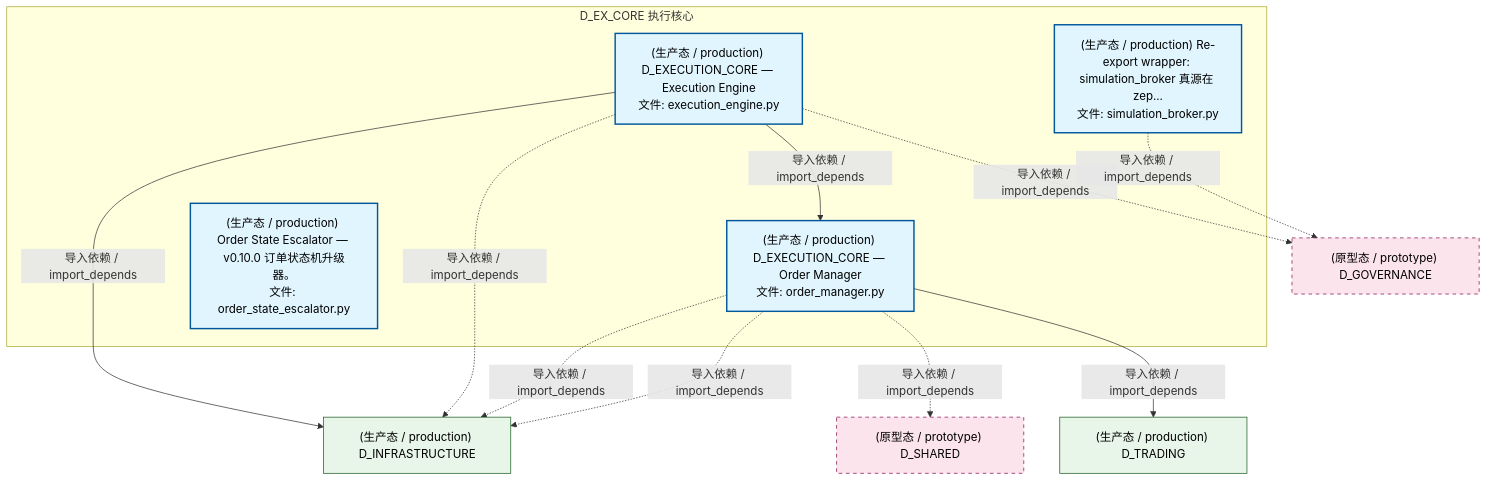
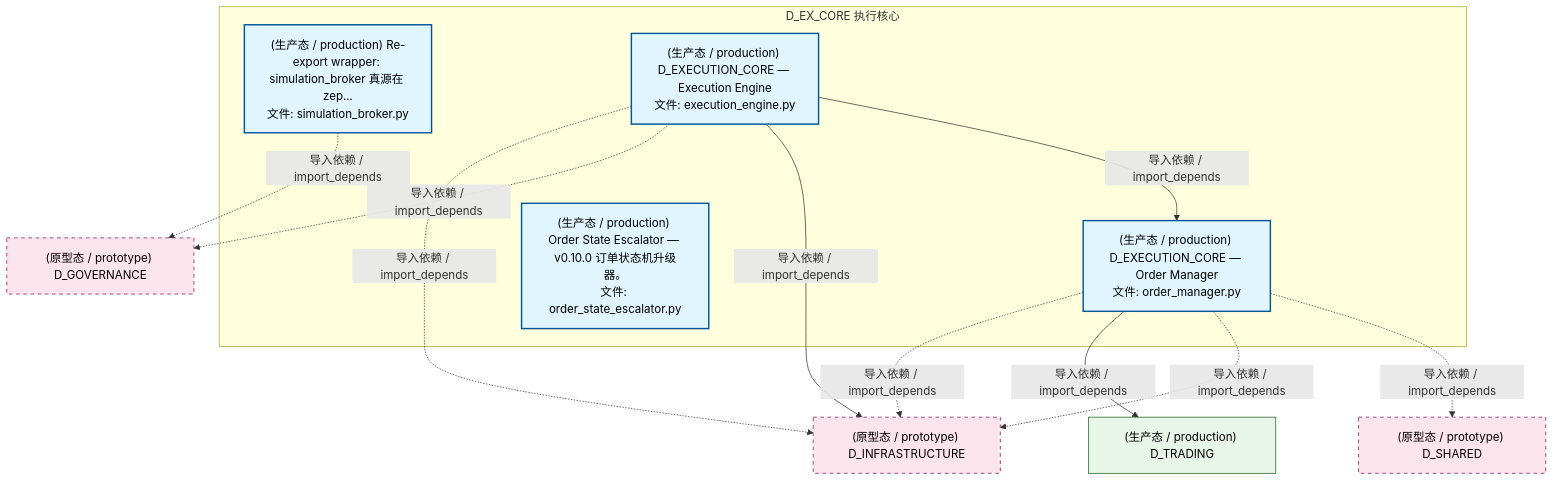
The second of 5 diagrams in docs/02_enterprise_architecture/02_domain_architecture_docs/34_d_ex_core.md (xuanFelixVan/ZephyrAlpha), drawn with Mermaid before and after one commit. The commit also changed other lines of this file and 102 other files, not shown here.

````diff
--- a/docs/02_enterprise_architecture/02_domain_architecture_docs/34_d_ex_core.md
+++ b/docs/02_enterprise_architecture/02_domain_architecture_docs/34_d_ex_core.md
@@ -126,29 +126,29 @@
 ```mermaid
 graph TD
     subgraph D_EX_CORE["D_EX_CORE 执行核心"]
         src_zephyr_ex_core_adapters_simulation_broker_py["(生产态 / production) Re-export wrapper: simulation_broker 真源在 zep...<br/>文件: simulation_broker.py"]
         src_zephyr_ex_core_execution_engine_py["(生产态 / production) D_EXECUTION_CORE — Execution Engine<br/>文件: execution_engine.py"]
         src_zephyr_ex_core_order_manager_py["(生产态 / production) D_EXECUTION_CORE — Order Manager<br/>文件: order_manager.py"]
         src_zephyr_governance_escalation_order_state_escalator_py["(生产态 / production) Order State Escalator — v0.10.0 订单状态机升级器。<br/>文件: order_state_escalator.py"]
     end
     src_zephyr_ex_core_execution_engine_py -->|导入依赖 / import_depends| src_zephyr_ex_core_order_manager_py
-    D_INFRASTRUCTURE["(生产态 / production) D_INFRASTRUCTURE"]
-    src_zephyr_ex_core_execution_engine_py -->|导入依赖 / import_depends| D_INFRASTRUCTURE
-    D_GOVERNANCE["(原型态 / prototype) D_GOVERNANCE"]
-    src_zephyr_ex_core_execution_engine_py -.->|导入依赖 / import_depends| D_GOVERNANCE
-    src_zephyr_ex_core_execution_engine_py -.->|导入依赖 / import_depends| D_INFRASTRUCTURE
+    D_SHARED["(原型态 / prototype) D_SHARED"]
+    src_zephyr_ex_core_order_manager_py -.->|导入依赖 / import_depends| D_SHARED
+    D_INFRASTRUCTURE["(原型态 / prototype) D_INFRASTRUCTURE"]
+    src_zephyr_ex_core_order_manager_py -.->|导入依赖 / import_depends| D_INFRASTRUCTURE
     D_TRADING["(生产态 / production) D_TRADING"]
     src_zephyr_ex_core_order_manager_py -->|导入依赖 / import_depends| D_TRADING
     src_zephyr_ex_core_order_manager_py -.->|导入依赖 / import_depends| D_INFRASTRUCTURE
-    D_SHARED["(原型态 / prototype) D_SHARED"]
-    src_zephyr_ex_core_order_manager_py -.->|导入依赖 / import_depends| D_SHARED
-    src_zephyr_ex_core_order_manager_py -.->|导入依赖 / import_depends| D_INFRASTRUCTURE
+    D_GOVERNANCE["(原型态 / prototype) D_GOVERNANCE"]
     src_zephyr_ex_core_adapters_simulation_broker_py -.->|导入依赖 / import_depends| D_GOVERNANCE
+    src_zephyr_ex_core_execution_engine_py -->|导入依赖 / import_depends| D_INFRASTRUCTURE
+    src_zephyr_ex_core_execution_engine_py -.->|导入依赖 / import_depends| D_GOVERNANCE
+    src_zephyr_ex_core_execution_engine_py -.->|导入依赖 / import_depends| D_INFRASTRUCTURE
     classDef production fill:#e1f5fe,stroke:#01579b,stroke-width:2px,color:#000
     classDef design fill:#fff3e0,stroke:#e65100,stroke-width:2px,color:#000,stroke-dasharray: 5 5
     classDef external_prod fill:#e8f5e9,stroke:#1b5e20,stroke-width:1px,color:#000
     classDef external_design fill:#fce4ec,stroke:#880e4f,stroke-width:1px,color:#000,stroke-dasharray: 5 5
     class src_zephyr_ex_core_adapters_simulation_broker_py,src_zephyr_ex_core_execution_engine_py,src_zephyr_ex_core_order_manager_py,src_zephyr_governance_escalation_order_state_escalator_py production
-    class D_INFRASTRUCTURE,D_TRADING external_prod
-    class D_GOVERNANCE,D_SHARED external_design
+    class D_TRADING external_prod
+    class D_SHARED,D_INFRASTRUCTURE,D_GOVERNANCE external_design
 ```
````
